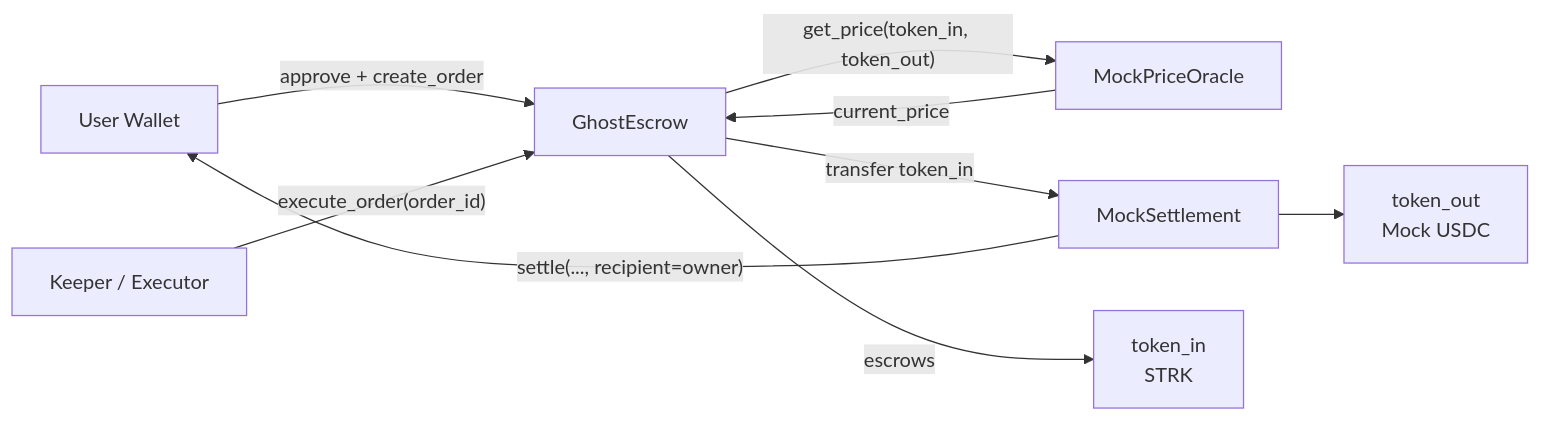
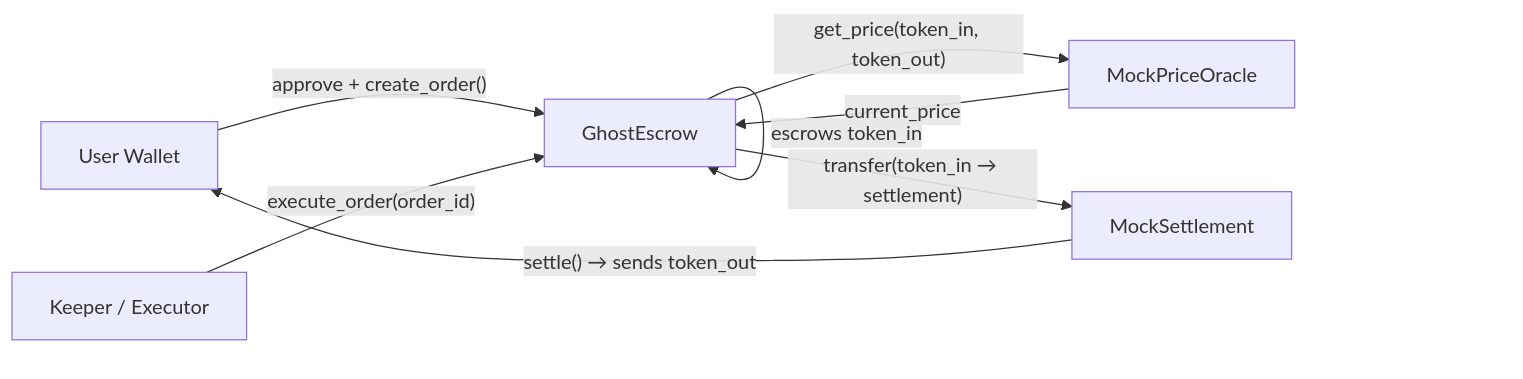
The first of 2 diagrams in README.md (kaverimeshram/GhostOrder), drawn with Mermaid before and after one commit. The commit also changed other lines of this file and 1 other file, not shown here.

Commit message:
docs: production README with architecture diagram, Mermaid flows, full on-chain verification

````diff
--- a/README.md
+++ b/README.md
@@ -54,19 +72,16 @@
 ```mermaid
 flowchart LR
     U[User Wallet]
     K[Keeper / Executor]
     E[GhostEscrow]
     O[MockPriceOracle]
     S[MockSettlement]
-    T1[token_in\nSTRK]
-    T2[token_out\nMock USDC]
 
-    U -->|"approve + create_order"| E
-    E -->|escrows| T1
+    U -->|"approve + create_order()"| E
+    E -->|escrows token_in| E
     K -->|"execute_order(order_id)"| E
     E -->|"get_price(token_in, token_out)"| O
     O -->|current_price| E
-    E -->|"transfer token_in"| S
-    S -->|"settle(..., recipient=owner)"| U
-    S --> T2
+    E -->|"transfer(token_in → settlement)"| S
+    S -->|"settle() → sends token_out"| U
 ```
````
